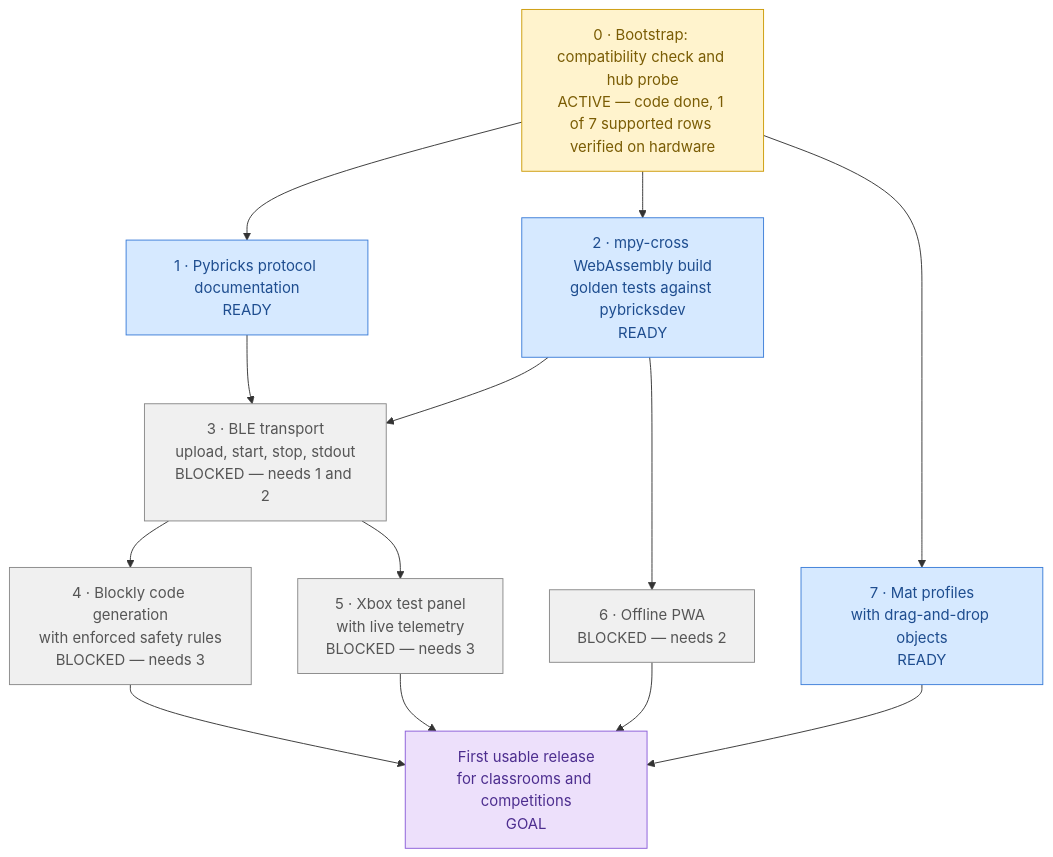
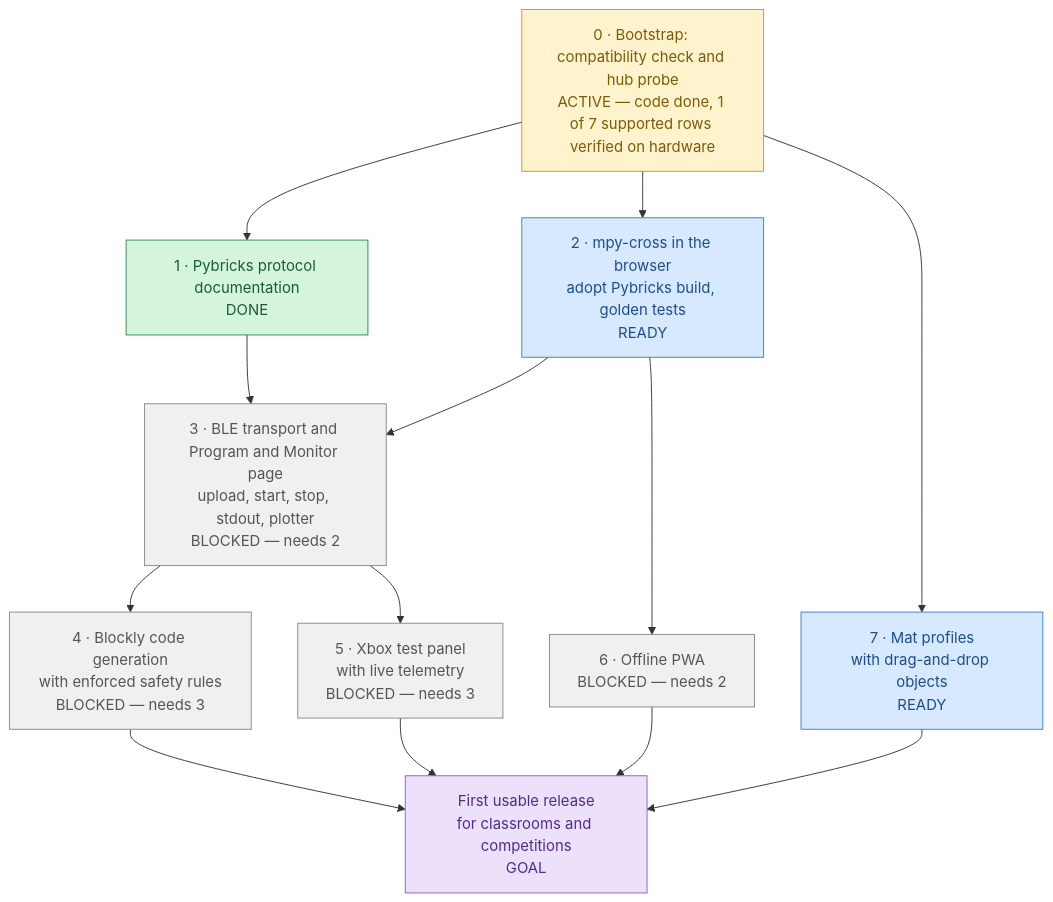
Before and after one commit to lumduan/matpilot: the diagram in docs/roadmap.md, drawn with Mermaid. The commit also changed other lines of this file and 5 other files, not shown here.

````diff
--- a/docs/roadmap.md
+++ b/docs/roadmap.md
@@ -10,36 +10,37 @@
 ```mermaid
 flowchart TD
     M0["0 · Bootstrap: compatibility check and hub probe<br/>ACTIVE — code done, 1 of 7 supported rows verified on hardware"]
-    M1["1 · Pybricks protocol documentation<br/>READY"]
-    M2["2 · mpy-cross WebAssembly build<br/>golden tests against pybricksdev<br/>READY"]
-    M3["3 · BLE transport<br/>upload, start, stop, stdout<br/>BLOCKED — needs 1 and 2"]
+    M1["1 · Pybricks protocol documentation<br/>DONE"]
+    M2["2 · mpy-cross in the browser<br/>adopt Pybricks build, golden tests<br/>READY"]
+    M3["3 · BLE transport and Program and Monitor page<br/>upload, start, stop, stdout, plotter<br/>BLOCKED — needs 2"]
     M4["4 · Blockly code generation<br/>with enforced safety rules<br/>BLOCKED — needs 3"]
     M5["5 · Xbox test panel<br/>with live telemetry<br/>BLOCKED — needs 3"]
     M6["6 · Offline PWA<br/>BLOCKED — needs 2"]
     M7["7 · Mat profiles<br/>with drag-and-drop objects<br/>READY"]
     GOAL["First usable release<br/>for classrooms and competitions<br/>GOAL"]
 
     M0 --> M1
     M0 --> M2
     M0 --> M7
     M1 --> M3
     M2 --> M3
     M3 --> M4
     M3 --> M5
     M2 --> M6
     M4 --> GOAL
     M5 --> GOAL
     M6 --> GOAL
     M7 --> GOAL
 
     classDef done     fill:#d4f4dd,stroke:#2d8a4e,color:#1a5c33
     classDef active   fill:#fff3cd,stroke:#cc9a06,color:#7a5c04
     classDef ready    fill:#d6e9ff,stroke:#3b7dd8,color:#1e4d8f
     classDef blocked  fill:#f0f0f0,stroke:#888,color:#555
     classDef goal     fill:#ede0fb,stroke:#8a5cd8,color:#4d2e8f
 
     class M0 active
-    class M1,M2,M7 ready
+    class M1 done
+    class M2,M7 ready
     class M3,M4,M5,M6 blocked
     class GOAL goal
 ```
````
